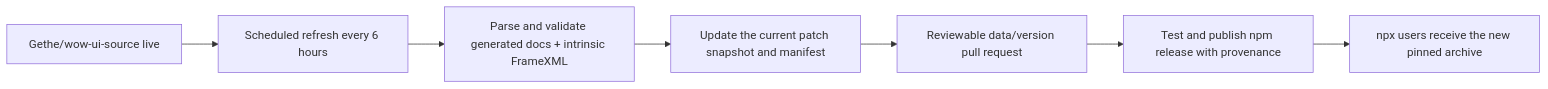
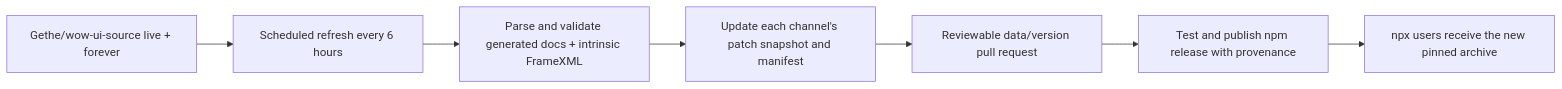
One commit to Koodattu/wow-addon-api-mcp changed the diagram in README.md. Above: the diagram before and after it, drawn with Mermaid. The commit also changed other lines of this file and 34 other files, not shown here.

````diff
--- a/README.md
+++ b/README.md
@@ -118,9 +132,9 @@
 ```mermaid
 flowchart LR
-    A["Gethe/wow-ui-source live"] --> B["Scheduled refresh every 6 hours"]
+    A["Gethe/wow-ui-source live + forever"] --> B["Scheduled refresh every 6 hours"]
     B --> C["Parse and validate generated docs + intrinsic FrameXML"]
-    C --> D["Update the current patch snapshot and manifest"]
+    C --> D["Update each channel's patch snapshot and manifest"]
     D --> E["Reviewable data/version pull request"]
     E --> F["Test and publish npm release with provenance"]
     F --> G["npx users receive the new pinned archive"]
 ```
````
